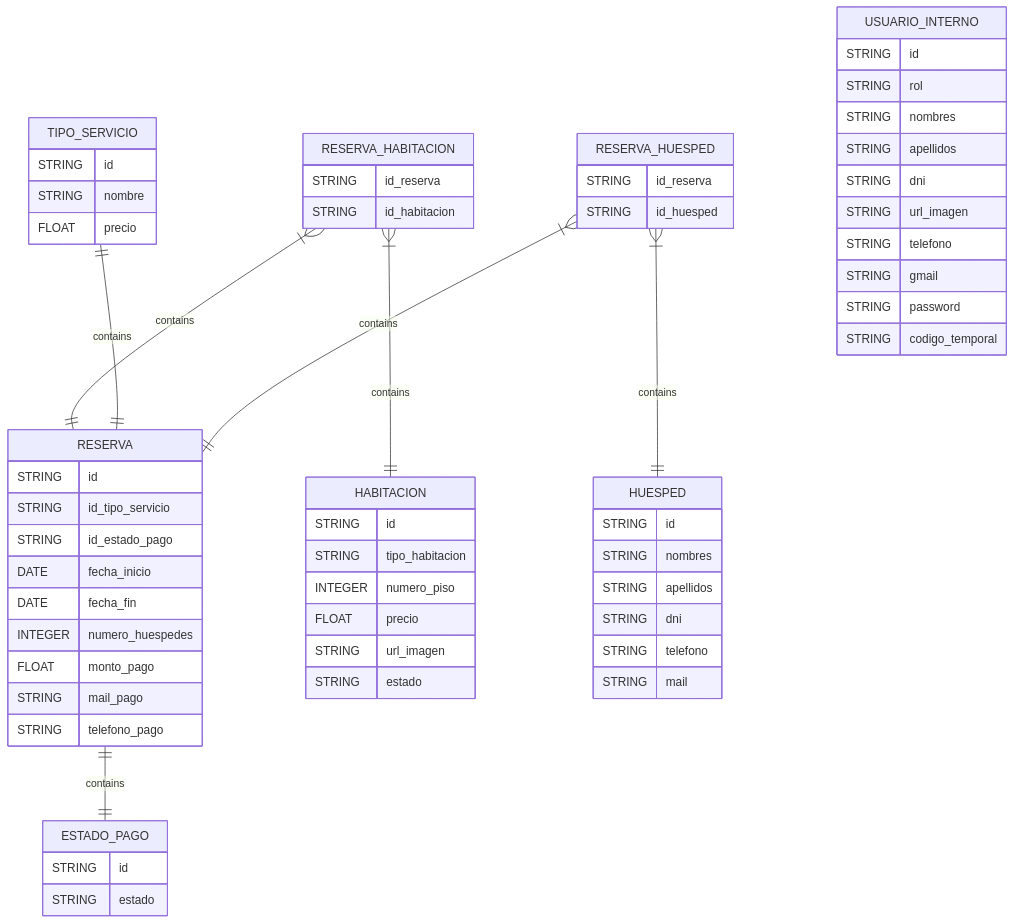
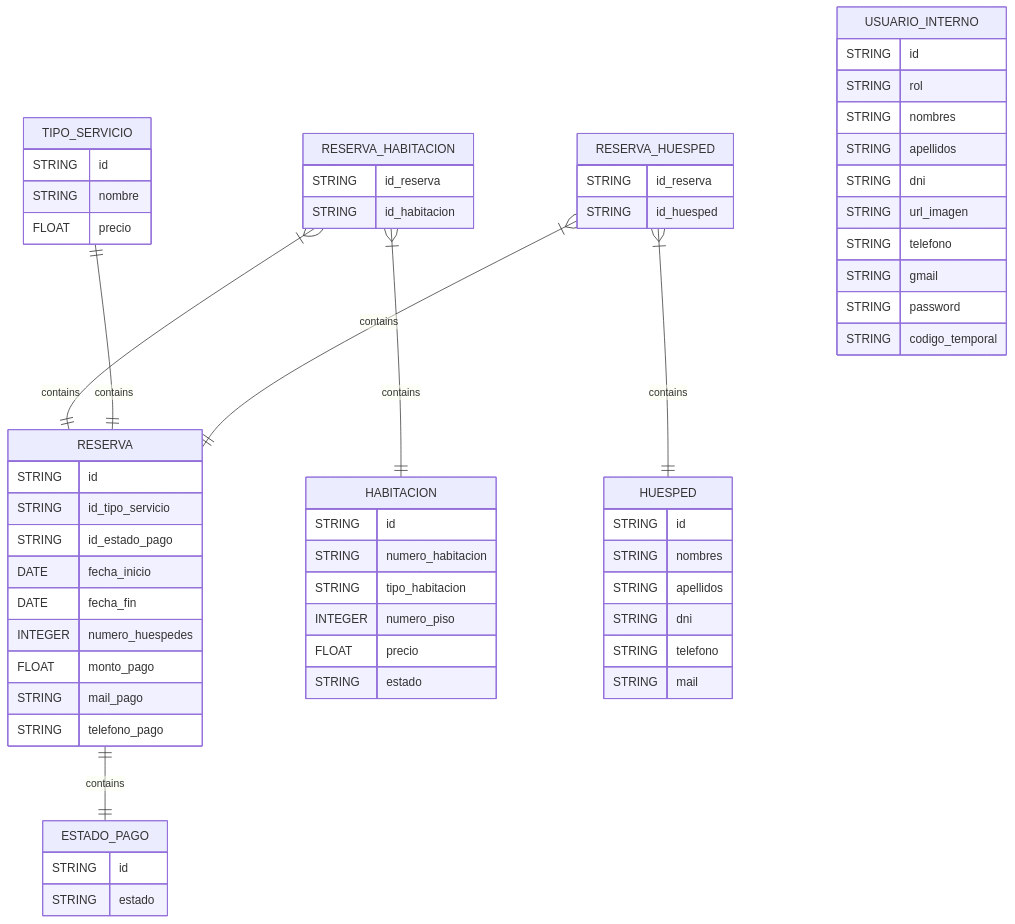
Before and after one commit to Jmond544/hotel-management-backend: the diagram in README.md, drawn with Mermaid. The commit also changed other lines of this file and 1 other file, not shown here.

Commit message:
Modifying database schema and data

````diff
--- a/README.md
+++ b/README.md
@@ -3,76 +12,76 @@
 ```mermaid
 
 erDiagram
 
     RESERVA {
         STRING id
         STRING id_tipo_servicio
         STRING id_estado_pago
         DATE fecha_inicio
         DATE fecha_fin
         INTEGER numero_huespedes
         FLOAT monto_pago
         STRING mail_pago
         STRING telefono_pago
     }
 
     TIPO_SERVICIO {
         STRING id
         STRING nombre
         FLOAT precio
     }
 
     RESERVA_HABITACION {
         STRING id_reserva
         STRING id_habitacion
     }
 
     HABITACION {
         STRING id
+        STRING numero_habitacion
         STRING tipo_habitacion
         INTEGER numero_piso
         FLOAT precio
-        STRING url_imagen
         STRING estado
     }
 
     HUESPED {
         STRING id
         STRING nombres
         STRING apellidos
         STRING dni
         STRING telefono
         STRING mail
     }
 
     RESERVA_HUESPED {
         STRING id_reserva
         STRING id_huesped
     }
 
     USUARIO_INTERNO {
         STRING id
         STRING rol
         STRING nombres
         STRING apellidos
         STRING dni
         STRING url_imagen
         STRING telefono
         STRING gmail
         STRING password
         STRING codigo_temporal
     }
 
     ESTADO_PAGO {
         STRING id
         STRING estado
     }
 
     RESERVA_HABITACION }|--|| RESERVA : contains
     TIPO_SERVICIO ||--|| RESERVA : contains
     RESERVA_HABITACION }|--|| HABITACION : contains
     RESERVA_HUESPED }|--|| HUESPED : contains
     RESERVA_HUESPED }|--|| RESERVA : contains
     RESERVA ||--|| ESTADO_PAGO : contains
 
 ```
````
